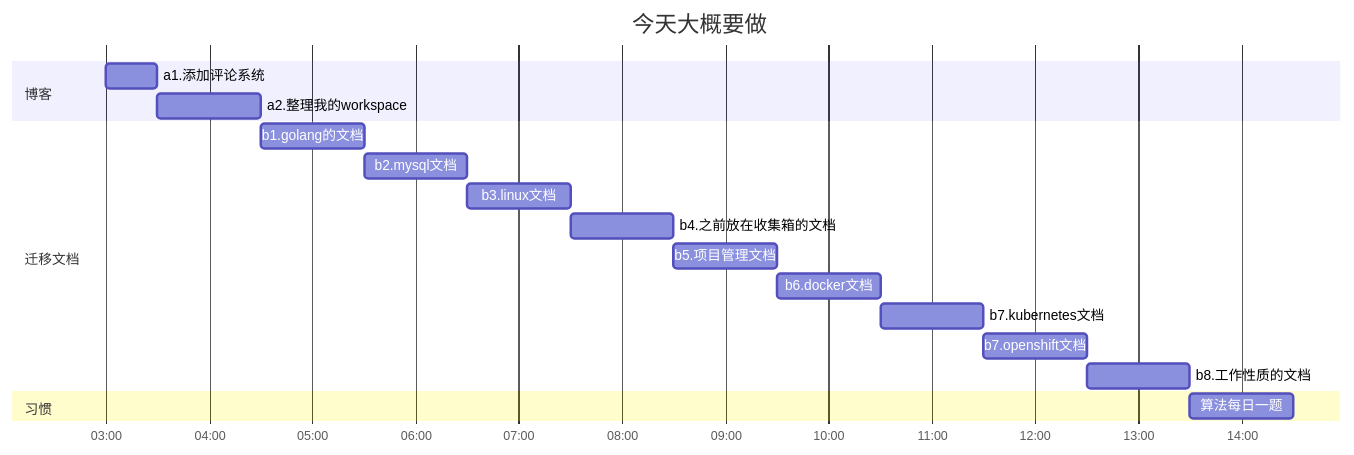
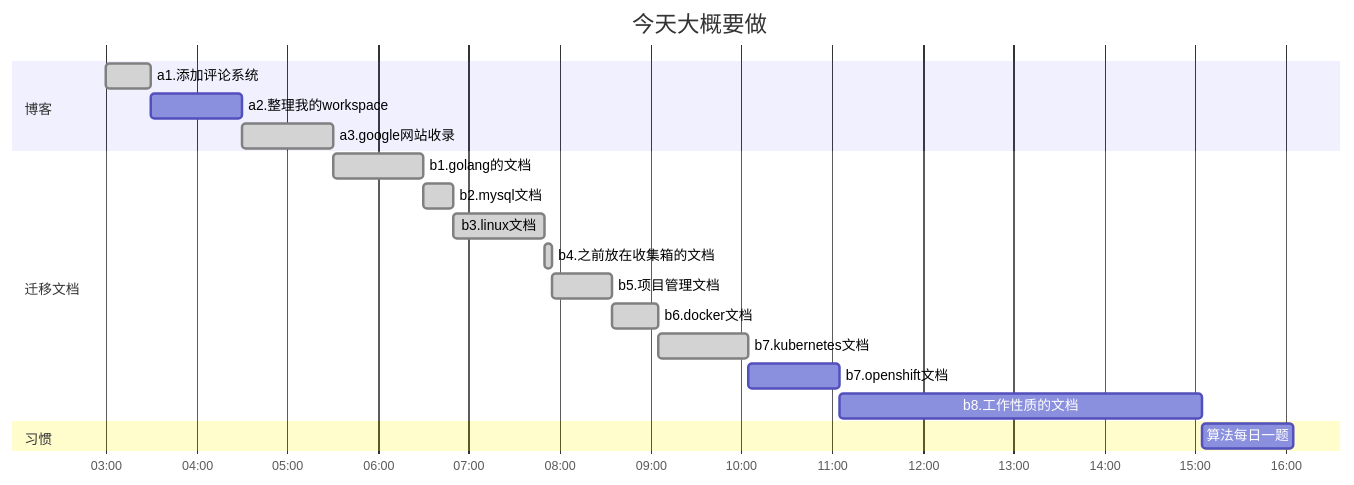
The diagram in 2023-05-12/index.md (904566722/904566722.github.io), drawn with Mermaid before and after one commit. The commit also changed other lines of this file and 401 other files, not shown here.

```diff
--- a/2023-05-12/index.md
+++ b/2023-05-12/index.md
@@ -20,25 +20,26 @@
 {{< mermaid >}}
 gantt
 dateFormat HH:mm
 axisFormat %H:%M
 tickInterval 1h
 title 今天大概要做
 
 section 博客
-    a1.添加评论系统: 03:00, 30m
+    a1.添加评论系统:done, 03:00, 30m
     a2.整理我的workspace: 1h
+    a3.google网站收录:done, 1h
 
 section 迁移文档
-    b1.golang的文档: 1h
-    b2.mysql文档: 1h
-    b3.linux文档: 1h
-    b4.之前放在收集箱的文档: 1h
-    b5.项目管理文档: 1h
-    b6.docker文档: 1h
-    b7.kubernetes文档: 1h
+    b1.golang的文档:done, 1h
+    b2.mysql文档:done,  20m
+    b3.linux文档:done, 1h
+    b4.之前放在收集箱的文档:done, 5m
+    b5.项目管理文档:done, 40m
+    b6.docker文档:done, 30m
+    b7.kubernetes文档:done, 1h
     b7.openshift文档: 1h
-    b8.工作性质的文档: 1h
+    b8.工作性质的文档: 4h
 
 section 习惯
-算法每日一题: 1h
-{{< /mermaid >}}
+	算法每日一题: 1h
+{{< /mermaid >}}         
```
